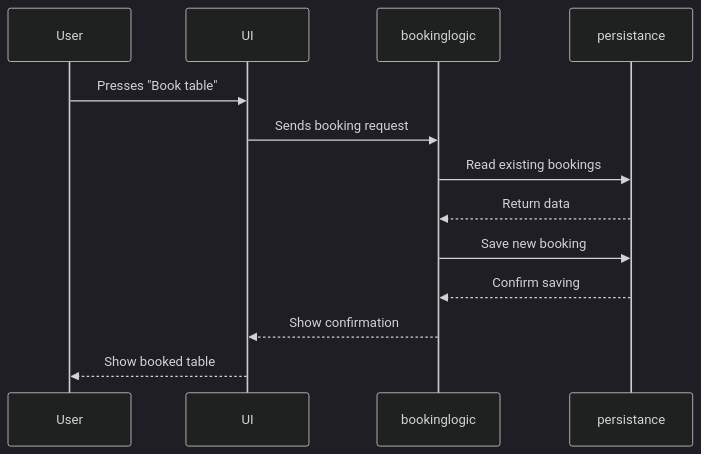
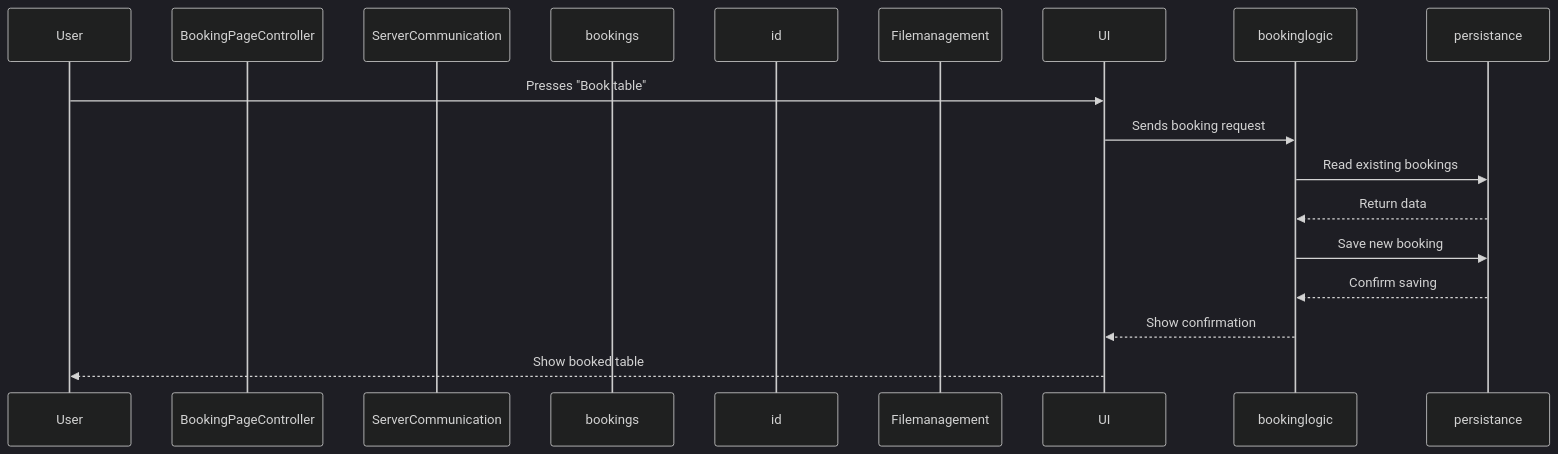
One commit to marsun02/IT1901_Booking_Manager changed the diagram in Sequence-diagram.md. Above: the diagram before and after it, drawn with Mermaid (dark theme).

Commit message:
docs: :memo: Added updated participants to the diagram #197

````diff
--- a/Sequence-diagram.md
+++ b/Sequence-diagram.md
@@ -1,18 +1,20 @@
 ```mermaid 
 
 sequenceDiagram
     participant User
-    participant UI
-    participant bookinglogic
-    participant persistance
+    participant BookingPageController
+    participant ServerCommunication
+    participant bookings
+    participant id
+    participant Filemanagement
 
     User->>UI: Presses "Book table"
     UI->>bookinglogic: Sends booking request
     bookinglogic->>persistance: Read existing bookings
     persistance-->>bookinglogic: Return data
     bookinglogic->>persistance: Save new booking
     persistance-->>bookinglogic: Confirm saving
     bookinglogic-->>UI: Show confirmation
     UI-->>User: Show booked table
 
 ```
````
